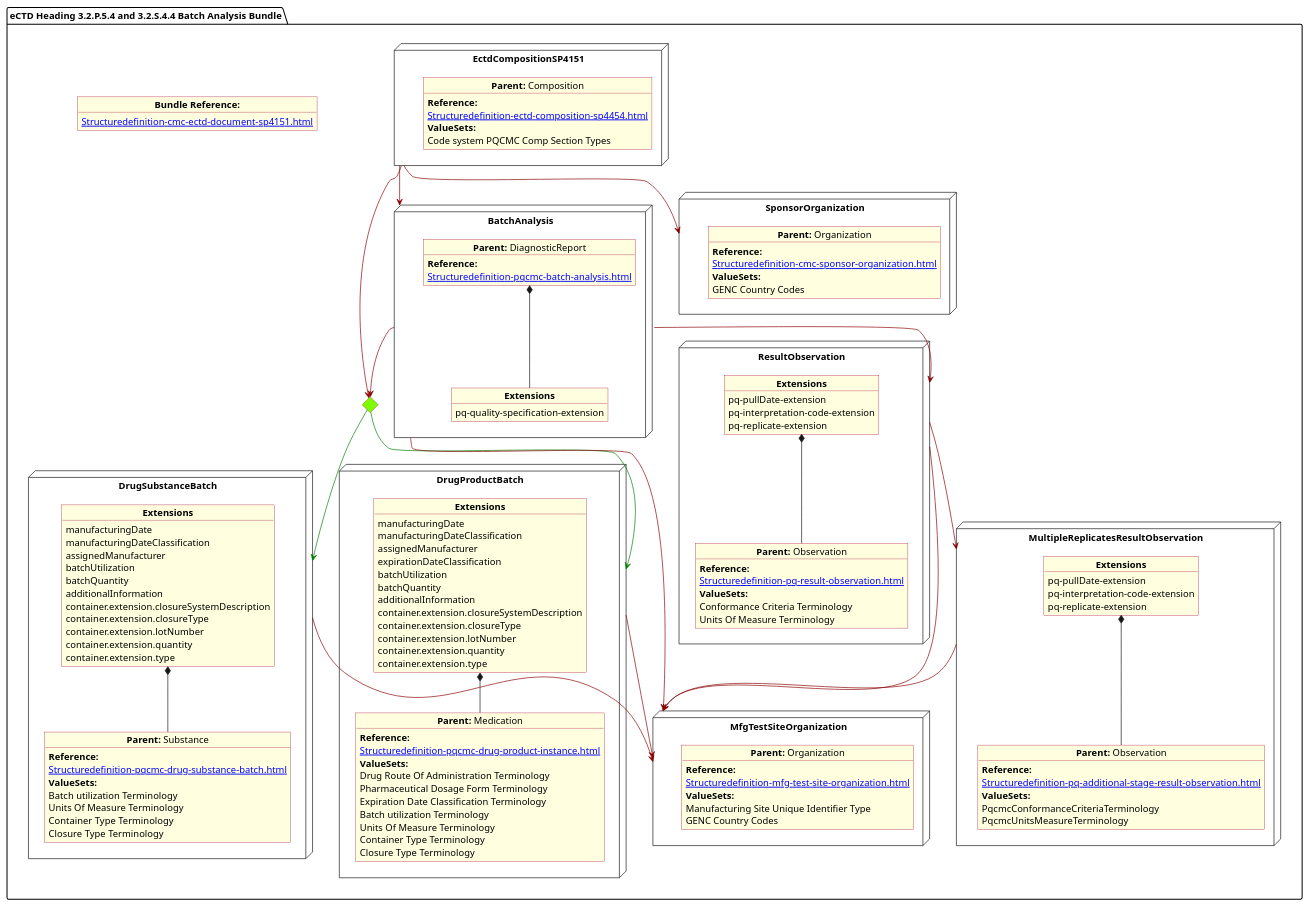
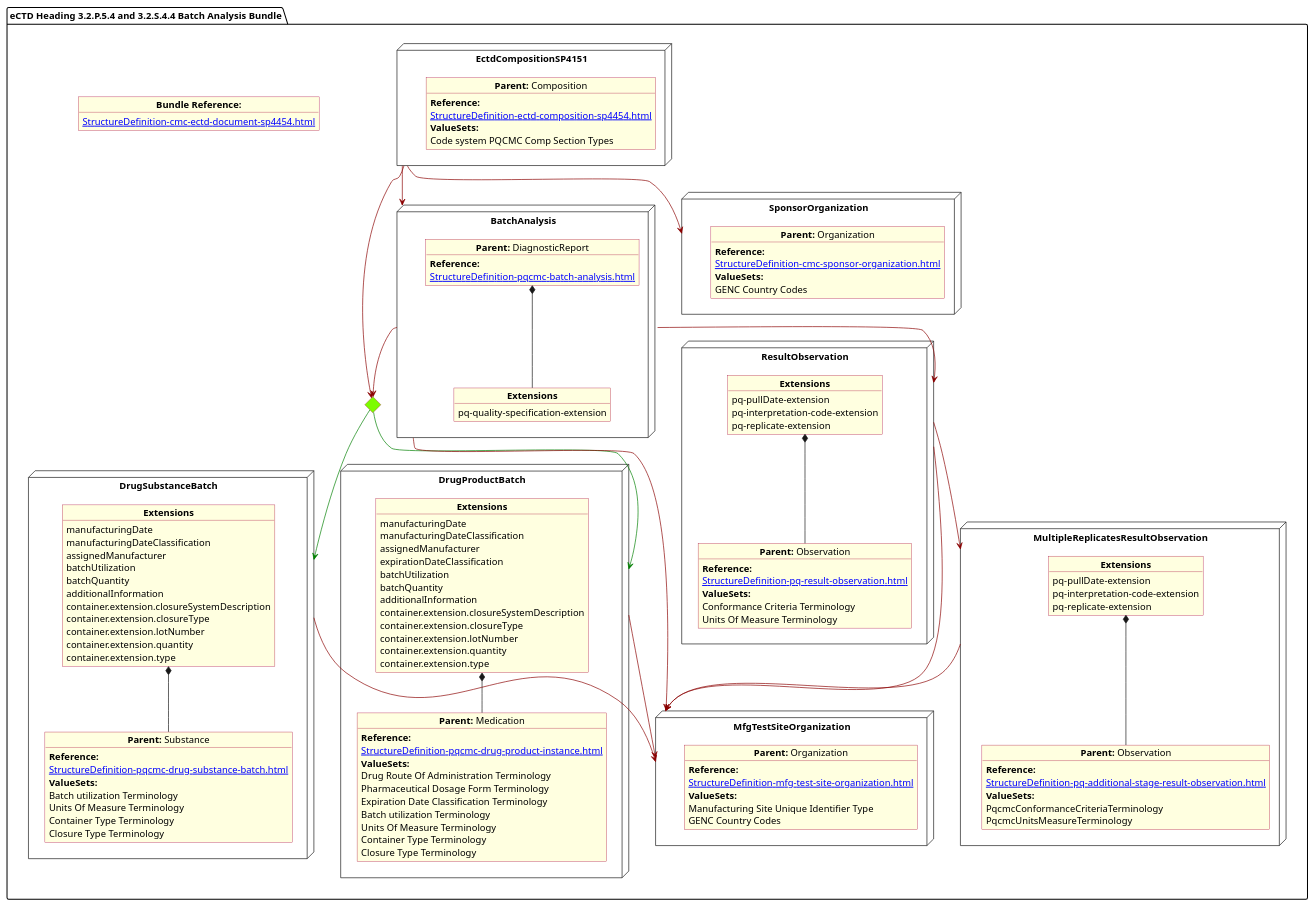
The diagram in input/images-source/BatchAnalysis.plantuml (HL7/FHIR-us-pq-cmc-fda), drawn with PlantUML before and after one commit. The commit also changed 7 other files, not shown here.

```diff
--- a/input/images-source/BatchAnalysis.plantuml
+++ b/input/images-source/BatchAnalysis.plantuml
@@ -1,159 +1,159 @@
 @startuml BatchAnalysis
 allowmixing
 'Mixed model of use case and object
 skinparam svgDimensionStyle true
 skinparam ObjectBackgroundColor LightYellow
 skinparam ObjectBorderColor #A80036
 skinparam activityDiamondBorderColor #A80036
 skinparam activityDiamondBackgroundColor lawnGreen
 skinparam ClassBorderThickness 4
 
 package "eCTD Heading 3.2.P.5.4 and 3.2.S.4.4 Batch Analysis Bundle" as NODES {
  
    object "**Bundle Reference:**" as objbun {
-              [[Structuredefinition-cmc-ectd-document-sp4151.html]]
+              [[StructureDefinition-cmc-ectd-document-sp4454.html]]
     }       
 
 
 node "DrugProductBatch" as NN { 
       object "**Parent:** Medication" as obj3 {
         **Reference:**
-      [[Structuredefinition-pqcmc-drug-product-instance.html]]
+      [[StructureDefinition-pqcmc-drug-product-instance.html]]
         **ValueSets:**
         Drug Route Of Administration Terminology
         Pharmaceutical Dosage Form Terminology
         Expiration Date Classification Terminology
         Batch utilization Terminology
         Units Of Measure Terminology 
         Container Type Terminology
         Closure Type Terminology        
       }
 
       object "**Extensions**" as objExsBatch  {
                 manufacturingDate
                 manufacturingDateClassification
                 assignedManufacturer
                 expirationDateClassification
                 batchUtilization
                 batchQuantity
                 additionalInformation
                 container.extension.closureSystemDescription
                 container.extension.closureType
                 container.extension.lotNumber
                 container.extension.quantity
                 container.extension.type 
 }
 objExsBatch *-- obj3 
 }
   node "BatchAnalysis" as N2 { 
       object "**Parent:** DiagnosticReport" as obj2 {
         **Reference:**
-      [[Structuredefinition-pqcmc-batch-analysis.html]]
+      [[StructureDefinition-pqcmc-batch-analysis.html]]
     }
         object "**Extensions**" as objQSEx {
         pq-quality-specification-extension
     }
     obj2 *-- objQSEx 
 }
 
 node "MfgTestSiteOrganization" as NMFG { 
       object "**Parent:** Organization" as objDP {
        **Reference:**
-      [[Structuredefinition-mfg-test-site-organization.html]]
+      [[StructureDefinition-mfg-test-site-organization.html]]
          **ValueSets:**
         Manufacturing Site Unique Identifier Type
 	    GENC Country Codes
     }
 }
 node "DrugSubstanceBatch" as NNS { 
       object "**Parent:** Substance" as obj4 {
         **Reference:**
-      [[Structuredefinition-pqcmc-drug-substance-batch.html]]
+      [[StructureDefinition-pqcmc-drug-substance-batch.html]]
                 **ValueSets:**
                 Batch utilization Terminology
                 Units Of Measure Terminology
                 Container Type Terminology
                 Closure Type Terminology
       }
   object "**Extensions**" as objExs2 {
           manufacturingDate
           manufacturingDateClassification
           assignedManufacturer
           batchUtilization
           batchQuantity
           additionalInformation
           container.extension.closureSystemDescription
           container.extension.closureType
           container.extension.lotNumber
           container.extension.quantity
           container.extension.type
     }
 
     objExs2 *-- obj4   
 }
 
 node "ResultObservation" as NNOBS { 
       object "**Parent:** Observation" as observ3 {
         **Reference:**
-      [[Structuredefinition-pq-result-observation.html]]
+      [[StructureDefinition-pq-result-observation.html]]
         **ValueSets:**
         Conformance Criteria Terminology
         Units Of Measure Terminology    
       }
       object "**Extensions**" as objExsObserv  {
             pq-pullDate-extension
             pq-interpretation-code-extension
             pq-replicate-extension
     }
         objExsObserv *-- observ3 
 }
 
 node "MultipleReplicatesResultObservation" as NNstage { 
       object "**Parent:** Observation" as observS {
         **Reference:**
-      [[Structuredefinition-pq-additional-stage-result-observation.html]]
+      [[StructureDefinition-pq-additional-stage-result-observation.html]]
         **ValueSets:**
  PqcmcConformanceCriteriaTerminology
  PqcmcUnitsMeasureTerminology
       }
       object "**Extensions**" as objExsStageObs  {
             pq-pullDate-extension
             pq-interpretation-code-extension
             pq-replicate-extension
      }  
         objExsStageObs *-- observS
 }
 
 node "EctdCompositionSP4151" as N1 { 
       object "**Parent:** Composition" as obj1 {
         **Reference:**
-      [[Structuredefinition-ectd-composition-sp4454.html]]
+      [[StructureDefinition-ectd-composition-sp4454.html]]
       **ValueSets:**
   Code system PQCMC Comp Section Types
     }
 }
 node "SponsorOrganization" as NSO { 
       object "**Parent:** Organization" as objAu {
         **Reference:**
-      [[Structuredefinition-cmc-sponsor-organization.html]]
+      [[StructureDefinition-cmc-sponsor-organization.html]]
         **ValueSets:**
         GENC Country Codes
     }
 }
  diamond CH
 
 N1 -[#darkred]-> CH
 N1 -[#darkred]-> N2
 N1 -[#darkred]-> NSO
 CH -[#green]-> NNS
 CH -[#green]-> NN
 NNS -[#darkred]-> NMFG
 NN -[#darkred]-> NMFG
 N2 -[#darkred]-> CH
 N2 -[#darkred]-> NMFG
 N2 -[#darkred]-> NNOBS
 NNOBS -[#darkred]-> NMFG
 NNOBS -[#darkred]-> NNstage
 NNstage -[#darkred]-> NMFG
 }
 @enduml
```
